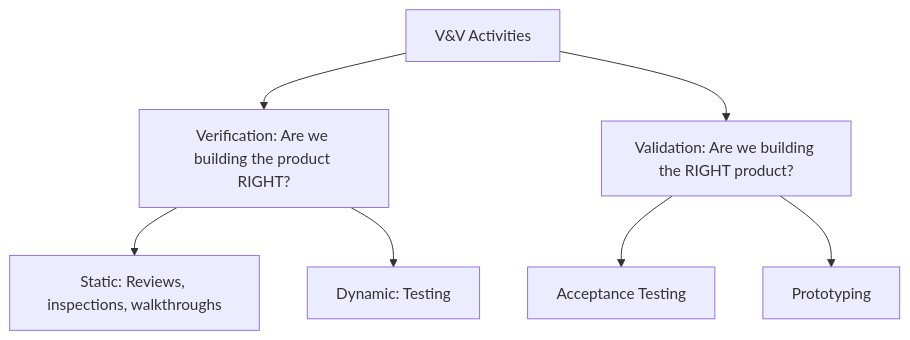
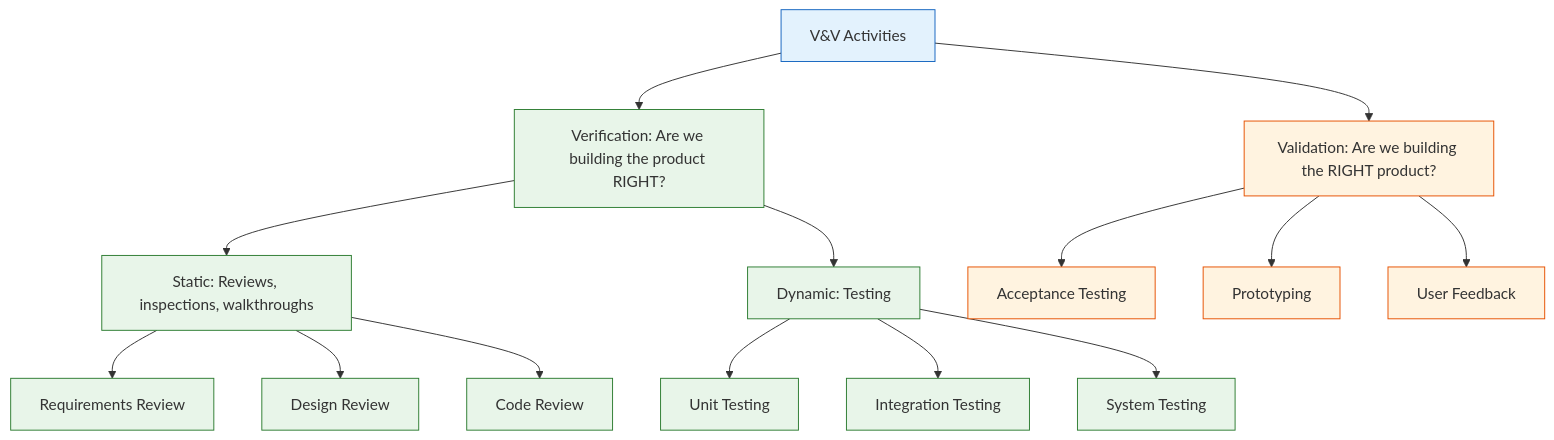
One commit to Raushan666java/ai-engineering-journey changed the first of 7 diagrams in docs/courses/software-engineering/06-testing.md. Above: the diagram before and after it, drawn with Mermaid. The commit also changed other lines of this file and 15 other files, not shown here.

Commit message:
deploy: software-engineering overhaul - 16 chapters expanded to avg 1284L (+7649L), richer Mermaid, more TS, deeper content

````diff
--- a/docs/courses/software-engineering/06-testing.md
+++ b/docs/courses/software-engineering/06-testing.md
@@ -22,9 +24,21 @@
 ```mermaid
 graph TD
-    VV[V&V Activities] --> V[Verification: Are we building the product RIGHT?]
-    VV --> V2[Validation: Are we building the RIGHT product?]
-    V --> S[Static: Reviews, inspections, walkthroughs]
-    V --> D[Dynamic: Testing]
-    V2 --> AT[Acceptance Testing]
-    V2 --> PROTO[Prototyping]
+    classDef vv fill:#e3f2fd,stroke:#1565c0
+    classDef v fill:#e8f5e9,stroke:#2e7d32
+    classDef v2 fill:#fff3e0,stroke:#e65100
+
+    VV[V&V Activities]:::vv --> V[Verification: Are we building the product RIGHT?]:::v
+    VV --> V2[Validation: Are we building the RIGHT product?]:::v2
+    V --> S[Static: Reviews, inspections, walkthroughs]:::v
+    V --> D[Dynamic: Testing]:::v
+    V2 --> AT[Acceptance Testing]:::v2
+    V2 --> PROTO[Prototyping]:::v2
+    V2 --> USER[User Feedback]:::v2
+    
+    S --> REQ_REV[Requirements Review]:::v
+    S --> DES_REV[Design Review]:::v
+    S --> CODE_REV[Code Review]:::v
+    D --> UNIT[Unit Testing]:::v
+    D --> INT[Integration Testing]:::v
+    D --> SYS[System Testing]:::v
 ```
````
